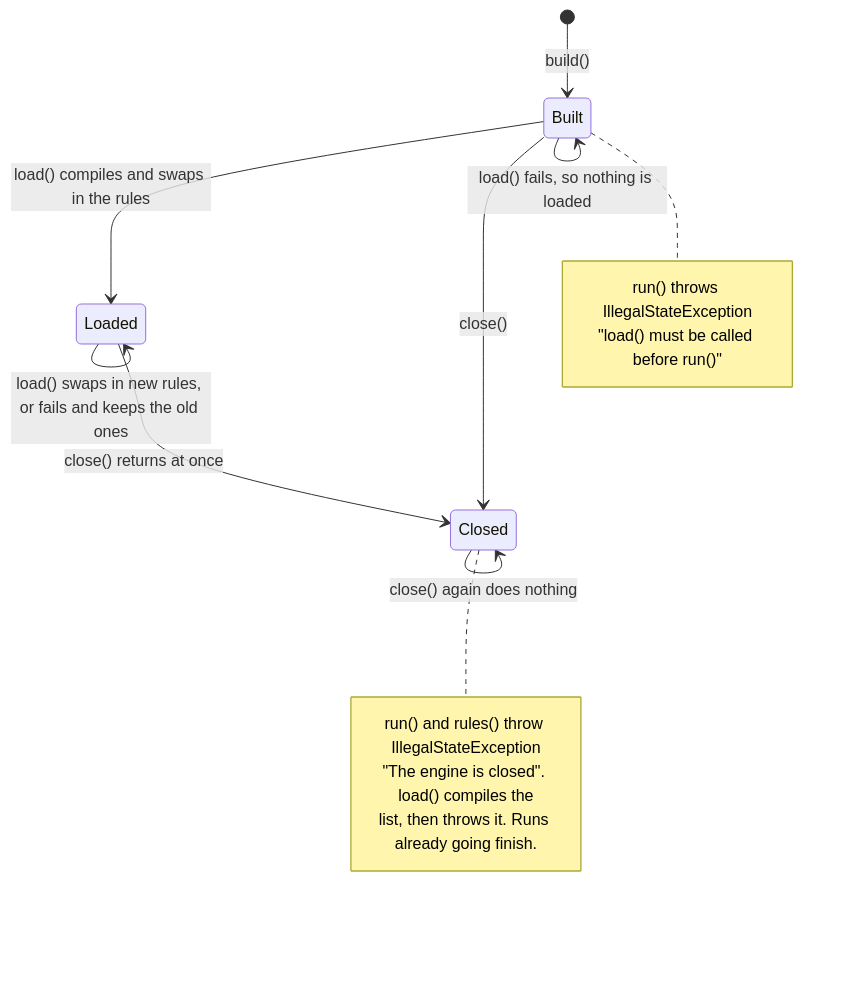
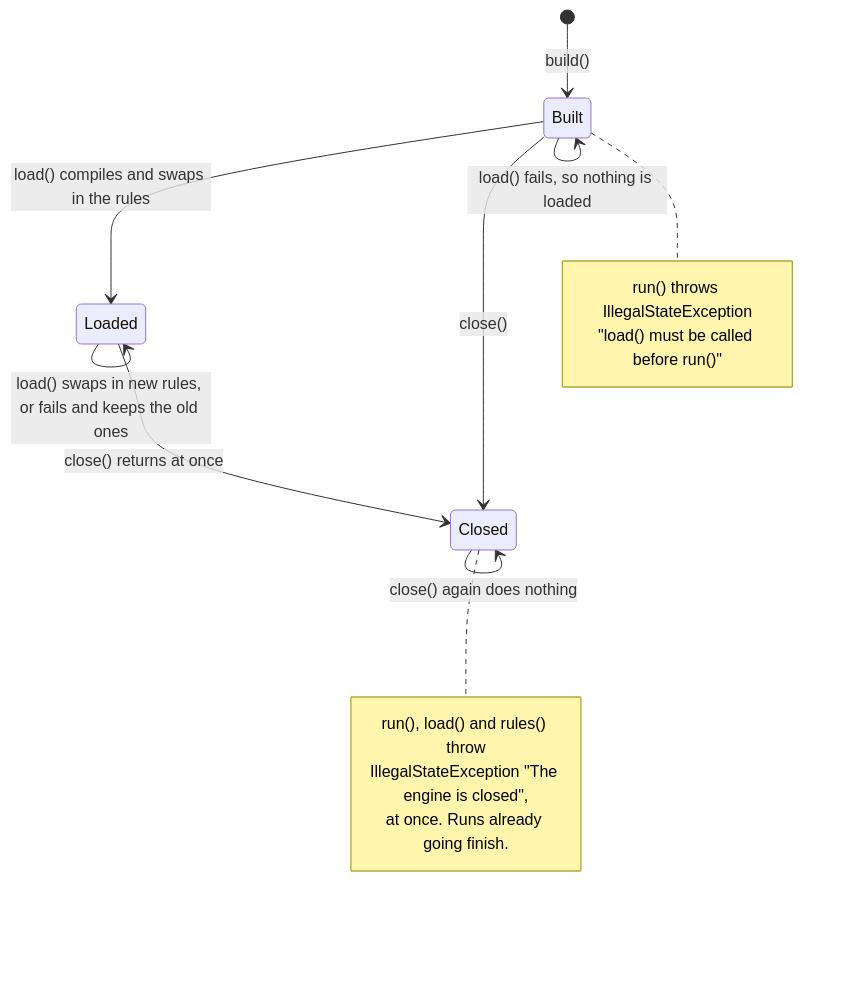
The first of 3 diagrams in docs/thread-safety.md (brantunger/unruly-engine), drawn with Mermaid before and after one commit. The commit also changed other lines of this file and 8 other files, not shown here.

Commit message:
fix: throw at once when load() is called on a closed engine, and correct three docs claims (#522)

````diff
--- a/docs/thread-safety.md
+++ b/docs/thread-safety.md
@@ -62,19 +62,19 @@
 ```mermaid
 stateDiagram-v2
     [*] --> Built: build()
     Built --> Loaded: load() compiles and swaps in the rules
     Built --> Built: load() fails, so nothing is loaded
     Loaded --> Loaded: load() swaps in new rules, or fails and keeps the old ones
     Built --> Closed: close()
     Loaded --> Closed: close() returns at once
     Closed --> Closed: close() again does nothing
     note right of Built
         run() throws IllegalStateException
         "load() must be called before run()"
     end note
     note right of Closed
-        run() and rules() throw IllegalStateException
-        "The engine is closed". load() compiles the
-        list, then throws it. Runs already going finish.
+        run(), load() and rules() throw
+        IllegalStateException "The engine is closed",
+        at once. Runs already going finish.
     end note
 ```
````
